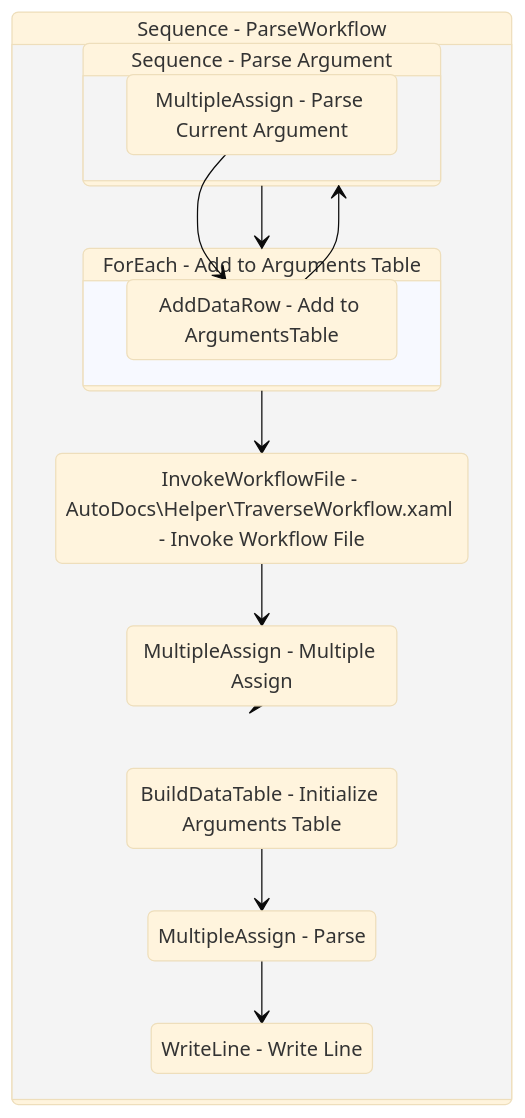
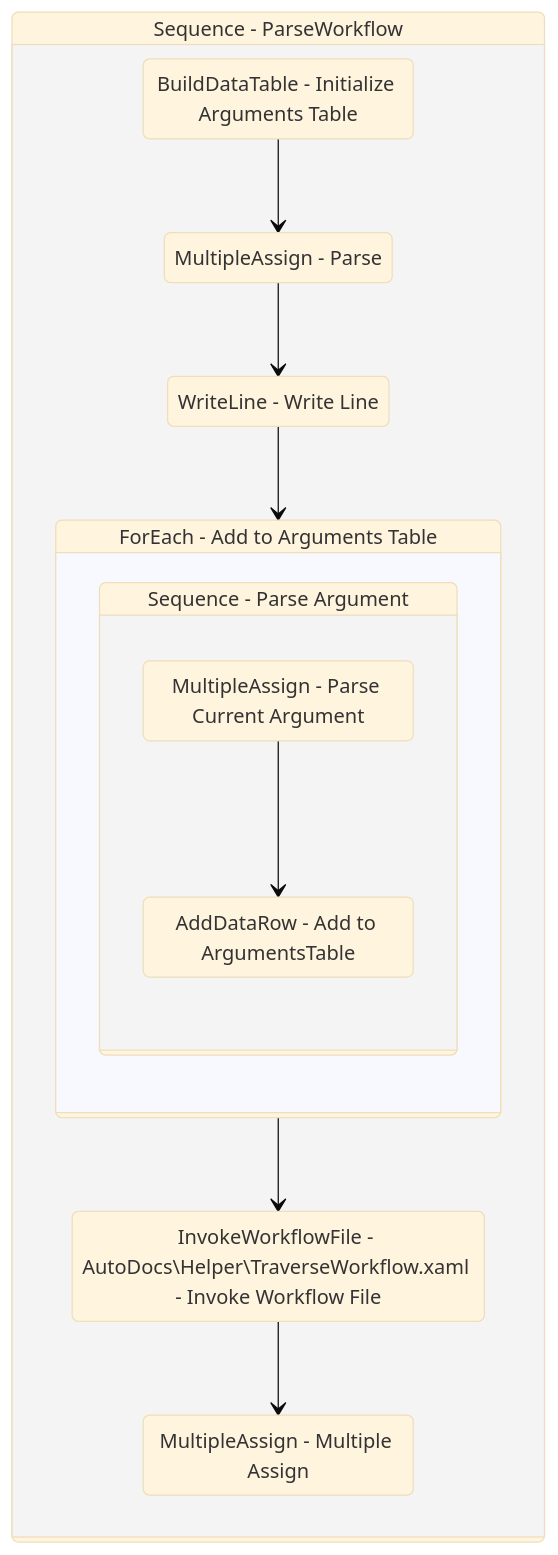
Before and after one commit to yashbrahmbhatt/LazyFramework: the diagram in Documentation/AutoDocs/ParseWorkflow.md, drawn with Mermaid (base theme). The commit also changed other lines of this file and 83 other files, not shown here.

````diff
--- a/Documentation/AutoDocs/ParseWorkflow.md
+++ b/Documentation/AutoDocs/ParseWorkflow.md
@@ -154,31 +166,31 @@
 ```mermaid
 stateDiagram-v2
+
 
 Sequence_1: Sequence - ParseWorkflow
 state Sequence_1 {
 direction TB
 BuildDataTable_1 : BuildDataTable - Initialize Arguments Table
 MultipleAssign_1 : MultipleAssign - Parse
 BuildDataTable_1 --> MultipleAssign_1
 WriteLine_1 : WriteLine - Write Line
 MultipleAssign_1 --> WriteLine_1
+WriteLine_1 --> ForEach1_1
 ForEach1_1: ForEach - Add to Arguments Table
 state ForEach1_1 {
 direction TB
+
 Sequence_2: Sequence - Parse Argument
 state Sequence_2 {
 direction TB
 MultipleAssign_5 : MultipleAssign - Parse Current Argument
 AddDataRow_2 : AddDataRow - Add to ArgumentsTable
 MultipleAssign_5 --> AddDataRow_2
 }
-AddDataRow_2 --> Sequence_2
 }
-Sequence_2 --> ForEach1_1
 InvokeWorkflowFile_1 : InvokeWorkflowFile - AutoDocs\\Helper\\TraverseWorkflow.xaml - Invoke Workflow File
 ForEach1_1 --> InvokeWorkflowFile_1
 MultipleAssign_6 : MultipleAssign - Multiple Assign
 InvokeWorkflowFile_1 --> MultipleAssign_6
 }
-MultipleAssign_6 --> Sequence_1
 ```
````
